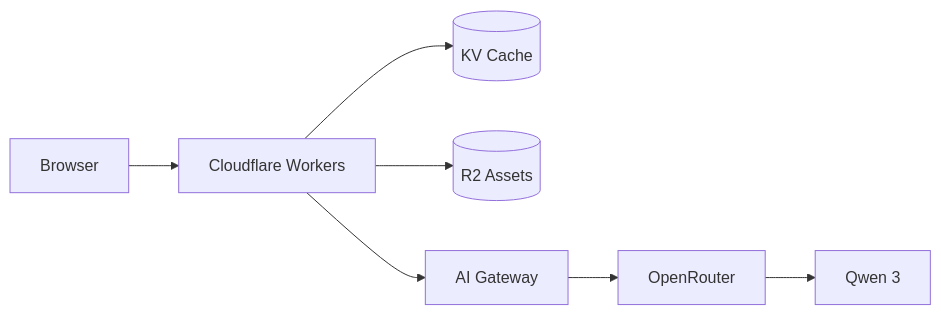
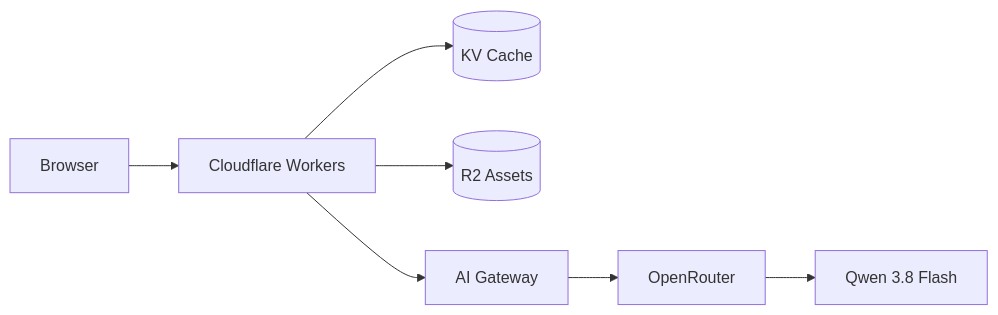
The first of 4 diagrams in ARCHITECTURE.md (uetuluk/uetuluk-portfolio), drawn with Mermaid before and after one commit. The commit also changed other lines of this file and 15 other files, not shown here.

````diff
--- a/ARCHITECTURE.md
+++ b/ARCHITECTURE.md
@@ -7,9 +7,9 @@
 ```mermaid
 flowchart LR
     Browser --> Workers[Cloudflare Workers]
     Workers --> KV[(KV Cache)]
     Workers --> R2[(R2 Assets)]
     Workers --> Gateway[AI Gateway]
     Gateway --> OpenRouter
-    OpenRouter --> Qwen[Qwen 3]
+    OpenRouter --> Qwen[Qwen 3.8 Flash]
 ```
````
